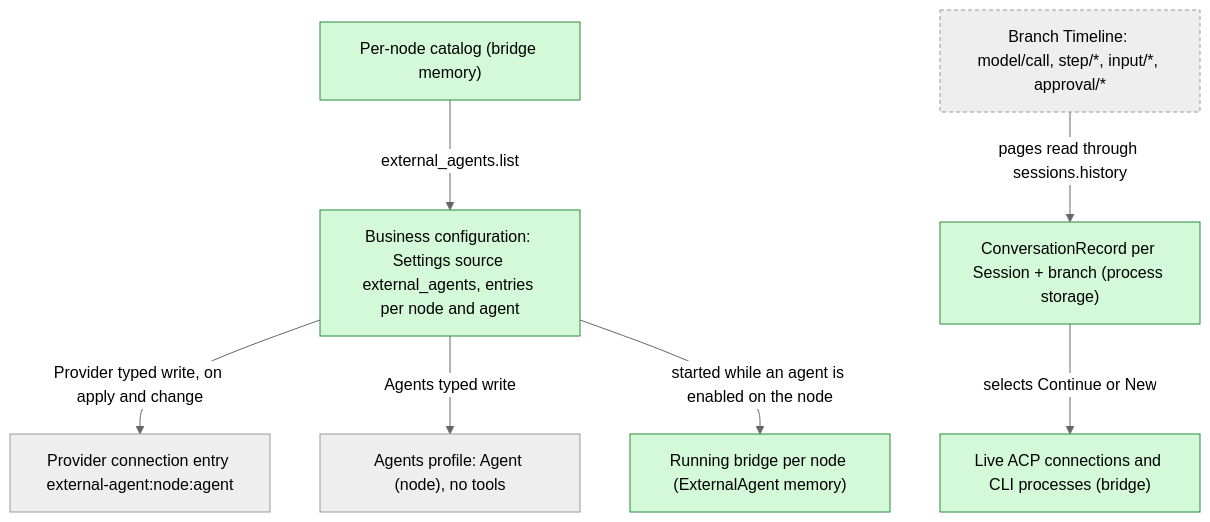
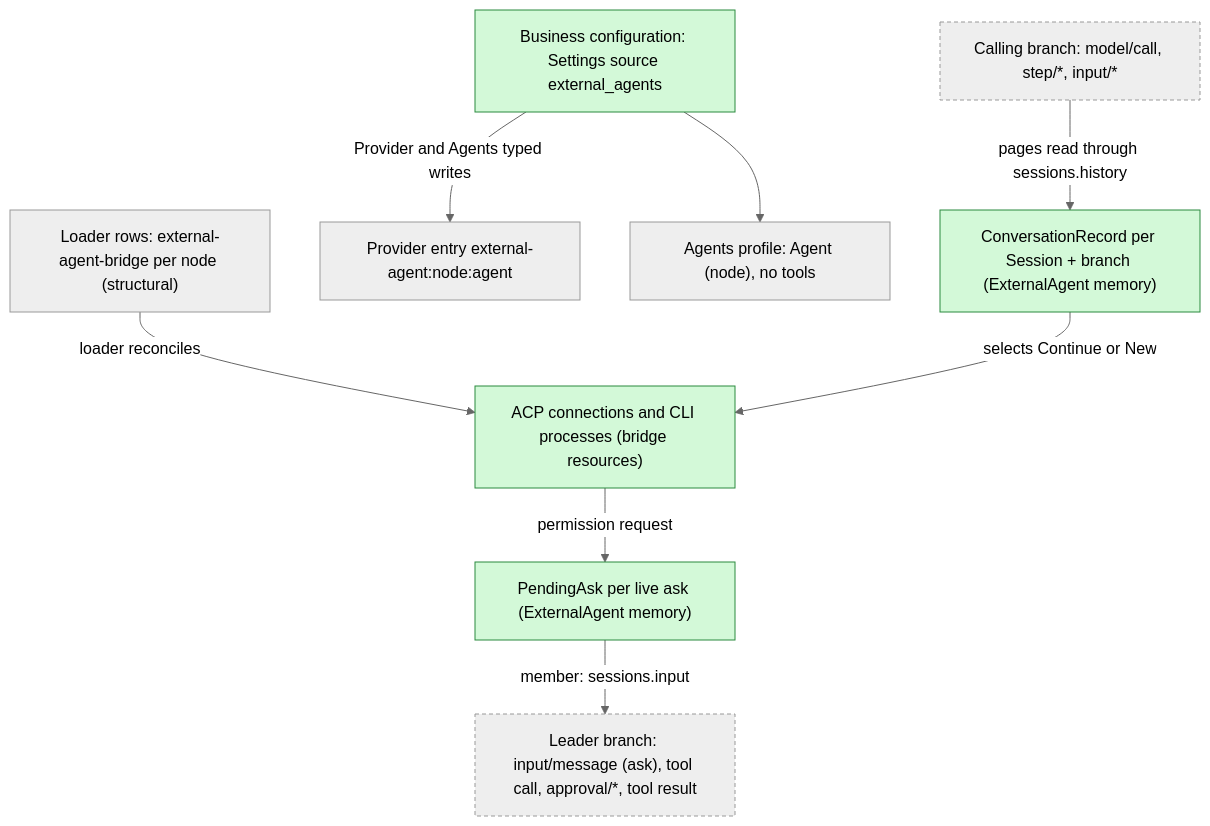
One commit to CoutinhoTTS/dim-agent changed the second of 5 diagrams in docs/design/plugins/ExternalAgent.md. Above: the diagram before and after it, drawn with Mermaid (neutral theme). The commit also changed other lines of this file, not shown here.

First line of the commit message:
docs: redesign ExternalAgent (EN draft, refs #145)

````diff
--- a/docs/design/plugins/ExternalAgent.md
+++ b/docs/design/plugins/ExternalAgent.md
@@ -56,19 +105,21 @@
 ```mermaid
 flowchart TB
   classDef new fill:#d3f9d8,stroke:#2b8a3e,color:#000
   classDef contract stroke-dasharray:4 3
-  Cfg["Business configuration: Settings source external_agents, entries per node and agent"]:::new
-  Br["Running bridge per node (ExternalAgent memory)"]:::new
-  Conn["Provider connection entry external-agent:node:agent"]
+  Cfg["Business configuration: Settings source external_agents"]:::new
+  Rows["Loader rows: external-agent-bridge per node (structural)"]
+  Conn["Provider entry external-agent:node:agent"]
   Prof["Agents profile: Agent (node), no tools"]
-  Rec["ConversationRecord per Session + branch (process storage)"]:::new
-  Cat["Per-node catalog (bridge memory)"]:::new
-  Live["Live ACP connections and CLI processes (bridge)"]:::new
-  TL["Branch Timeline: model/call, step/*, input/*, approval/*"]:::contract
-  Cfg -->|"Provider typed write, on apply and change"| Conn
-  Cfg -->|"Agents typed write"| Prof
-  Cfg -->|"started while an agent is enabled on the node"| Br
+  Rec["ConversationRecord per Session + branch (ExternalAgent memory)"]:::new
+  Ask["PendingAsk per live ask (ExternalAgent memory)"]:::new
+  Live["ACP connections and CLI processes (bridge resources)"]:::new
+  TL["Calling branch: model/call, step/*, input/*"]:::contract
+  LTL["Leader branch: input/message (ask), tool call, approval/*, tool result"]:::contract
+  Cfg -->|"Provider and Agents typed writes"| Conn
+  Cfg --> Prof
+  Rows -->|"loader reconciles"| Live
   TL -->|"pages read through sessions.history"| Rec
   Rec -->|"selects Continue or New"| Live
-  Cat -->|"external_agents.list"| Cfg
+  Live -->|"permission request"| Ask
+  Ask -->|"member: sessions.input"| LTL
 ```
````
